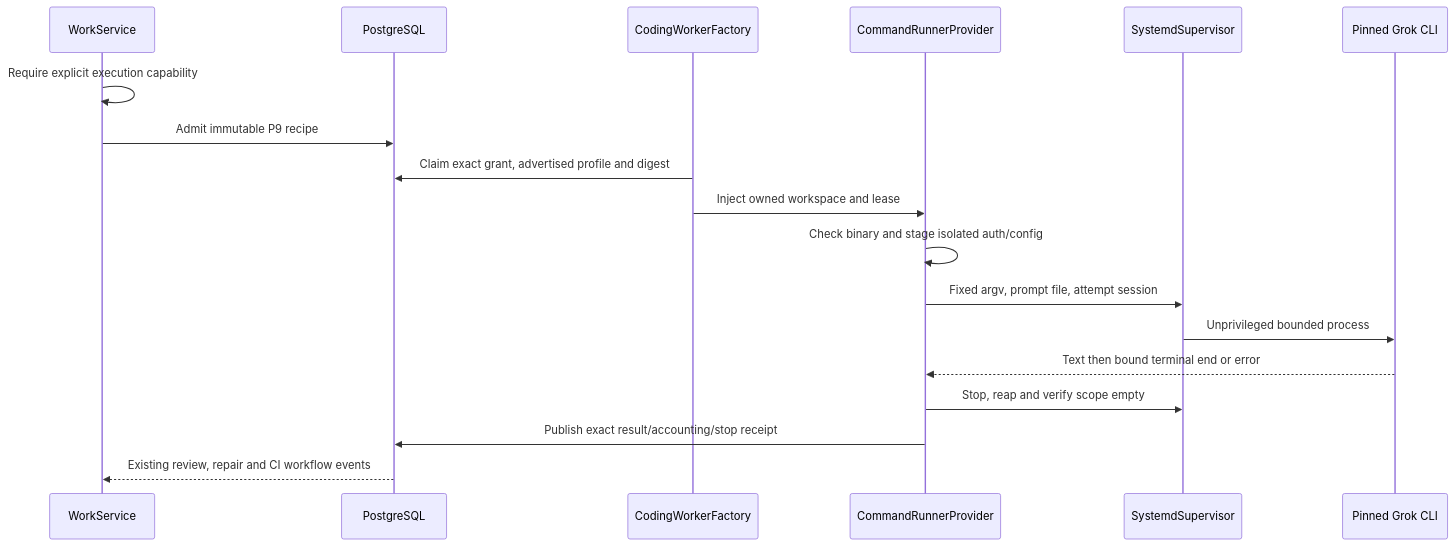
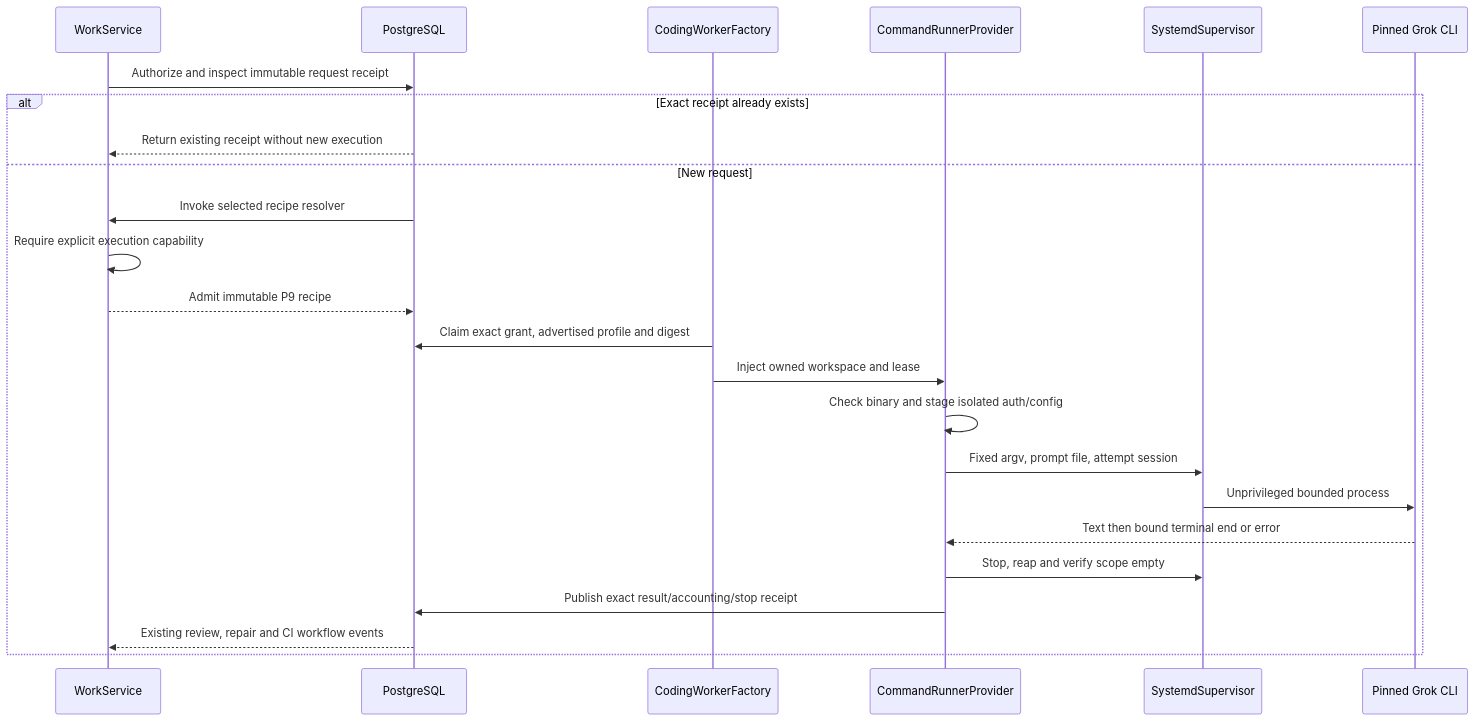
One commit to roachmaster/homelab changed the diagram in docs/architecture/grok-coding-provider.md. Above: the diagram before and after it, drawn with Mermaid. The commit also changed other lines of this file and 1 other file, not shown here.

Commit message:
Document observed Grok preview and receipt-preserving admission

````diff
--- a/docs/architecture/grok-coding-provider.md
+++ b/docs/architecture/grok-coding-provider.md
@@ -177,20 +200,26 @@
 ```mermaid
 sequenceDiagram
     participant API as WorkService
     participant DB as PostgreSQL
     participant Factory as CodingWorkerFactory
     participant Runner as CommandRunnerProvider
     participant Scope as SystemdSupervisor
     participant Grok as Pinned Grok CLI
-    API->>API: Require explicit execution capability
-    API->>DB: Admit immutable P9 recipe
+    API->>DB: Authorize and inspect immutable request receipt
+    alt Exact receipt already exists
+        DB-->>API: Return existing receipt without new execution
+    else New request
+        DB->>API: Invoke selected recipe resolver
+        API->>API: Require explicit execution capability
+        API-->>DB: Admit immutable P9 recipe
     Factory->>DB: Claim exact grant, advertised profile and digest
     Factory->>Runner: Inject owned workspace and lease
     Runner->>Runner: Check binary and stage isolated auth/config
     Runner->>Scope: Fixed argv, prompt file, attempt session
     Scope->>Grok: Unprivileged bounded process
     Grok-->>Runner: Text then bound terminal end or error
     Runner->>Scope: Stop, reap and verify scope empty
     Runner->>DB: Publish exact result/accounting/stop receipt
     DB-->>API: Existing review, repair and CI workflow events
+    end
 ```
````
